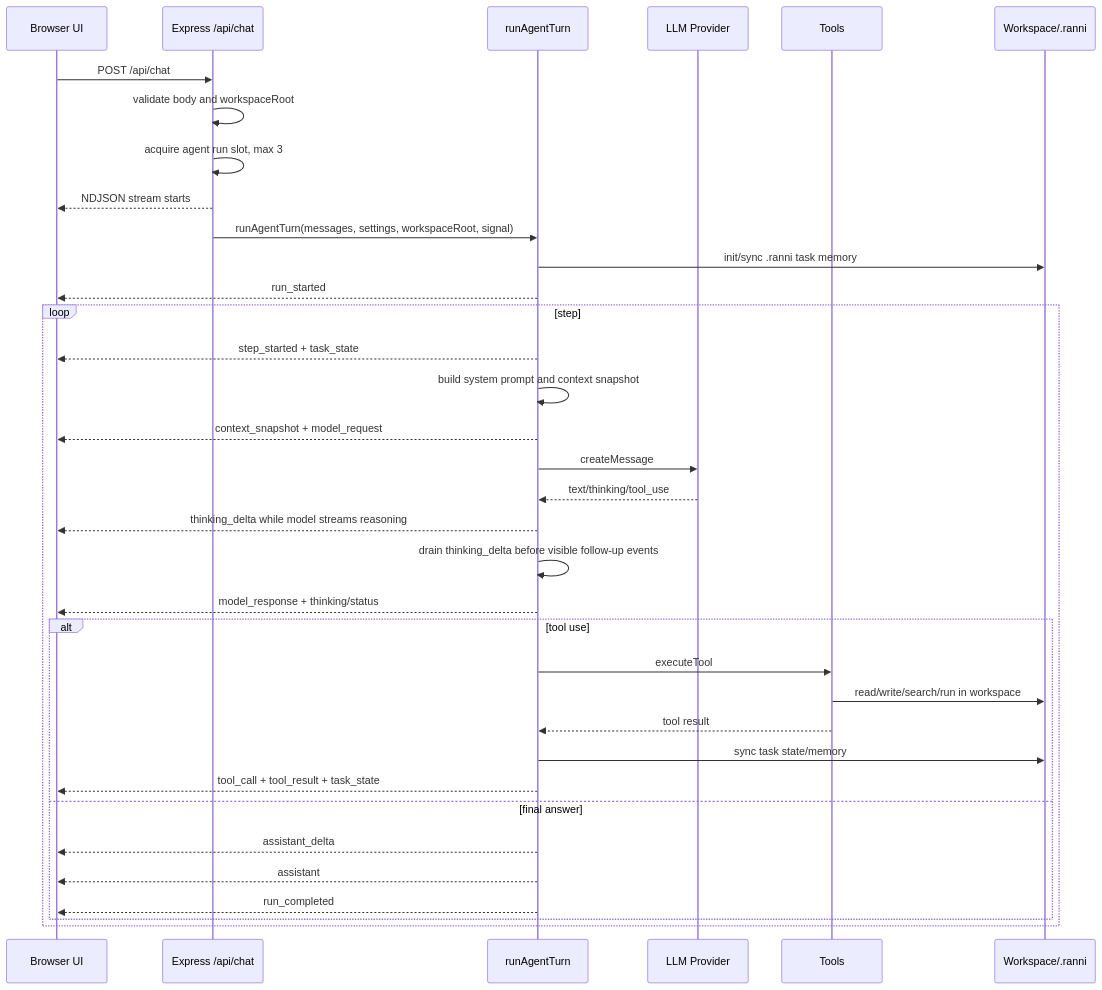
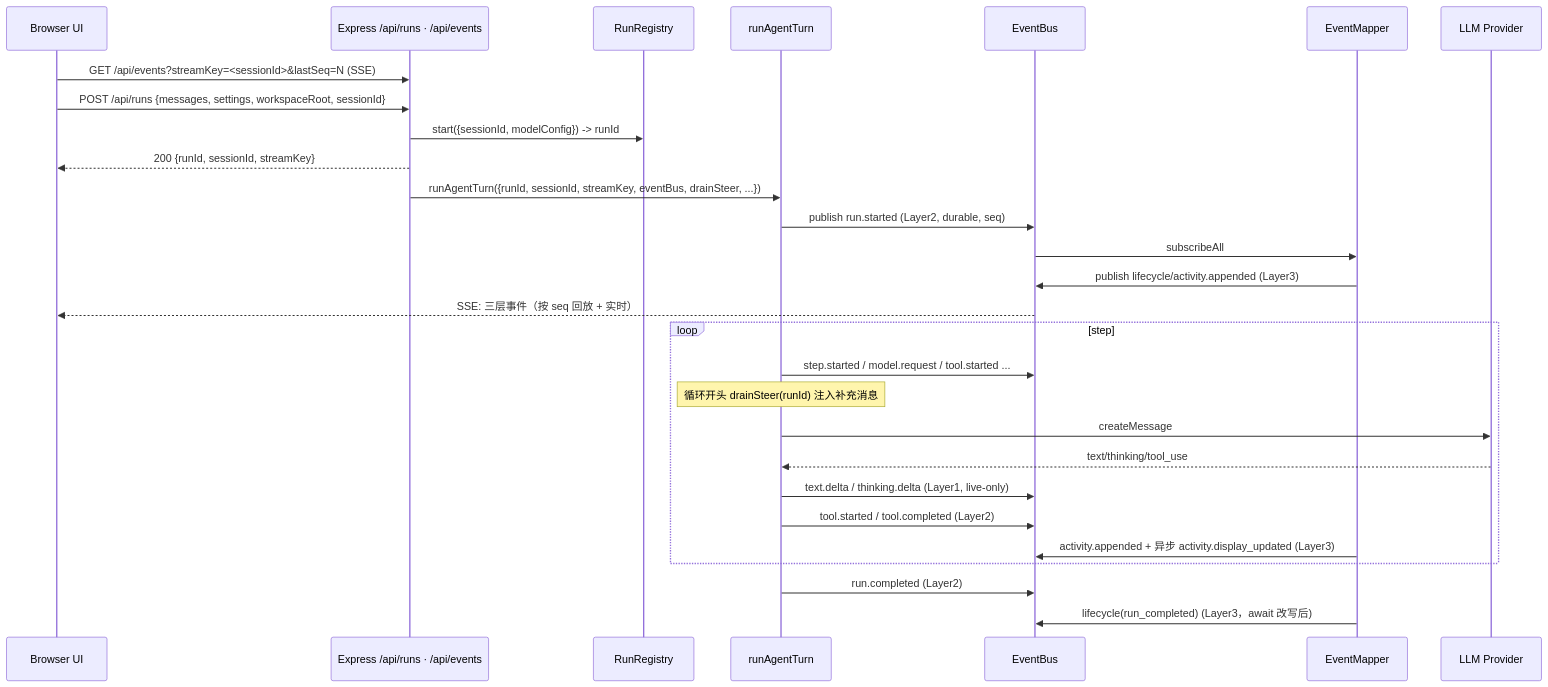
The second of 2 diagrams in docs/tech/v1-architecture/runtime-architecture.md (Carri1Sun/Ranni), drawn with Mermaid before and after one commit. The commit also changed other lines of this file and 18 other files, not shown here.

````diff
--- a/docs/tech/v1-architecture/runtime-architecture.md
+++ b/docs/tech/v1-architecture/runtime-architecture.md
@@ -45,38 +51,31 @@
 ```mermaid
 sequenceDiagram
   participant UI as Browser UI
-  participant API as Express /api/chat
+  participant API as Express /api/runs · /api/events
+  participant Reg as RunRegistry
   participant Agent as runAgentTurn
+  participant Bus as EventBus
+  participant Mapper as EventMapper
   participant Model as LLM Provider
-  participant Tool as Tools
-  participant FS as Workspace/.ranni
 
-  UI->>API: POST /api/chat
-  API->>API: validate body and workspaceRoot
-  API->>API: acquire agent run slot, max 3
-  API-->>UI: NDJSON stream starts
-  API->>Agent: runAgentTurn(messages, settings, workspaceRoot, signal)
-  Agent->>FS: init/sync .ranni task memory
-  Agent-->>UI: run_started
+  UI->>API: GET /api/events?streamKey=<sessionId>&lastSeq=N (SSE)
+  UI->>API: POST /api/runs {messages, settings, workspaceRoot, sessionId}
+  API->>Reg: start({sessionId, modelConfig}) -> runId
+  API-->>UI: 200 {runId, sessionId, streamKey}
+  API->>Agent: runAgentTurn({runId, sessionId, streamKey, eventBus, drainSteer, ...})
+  Agent->>Bus: publish run.started (Layer2, durable, seq)
+  Bus->>Mapper: subscribeAll
+  Mapper->>Bus: publish lifecycle/activity.appended (Layer3)
+  Bus-->>UI: SSE: 三层事件（按 seq 回放 + 实时）
   loop step
-    Agent-->>UI: step_started + task_state
-    Agent->>Agent: build system prompt and context snapshot
-    Agent-->>UI: context_snapshot + model_request
+    Agent->>Bus: step.started / model.request / tool.started ...
+    Note over Agent: 循环开头 drainSteer(runId) 注入补充消息
     Agent->>Model: createMessage
     Model-->>Agent: text/thinking/tool_use
-    Agent-->>UI: thinking_delta while model streams reasoning
-    Agent->>Agent: drain thinking_delta before visible follow-up events
-    Agent-->>UI: model_response + thinking/status
-    alt tool use
-      Agent->>Tool: executeTool
-      Tool->>FS: read/write/search/run in workspace
-      Tool-->>Agent: tool result
-      Agent->>FS: sync task state/memory
-      Agent-->>UI: tool_call + tool_result + task_state
-    else final answer
-      Agent-->>UI: assistant_delta
-      Agent-->>UI: assistant
-      Agent-->>UI: run_completed
-    end
+    Agent->>Bus: text.delta / thinking.delta (Layer1, live-only)
+    Agent->>Bus: tool.started / tool.completed (Layer2)
+    Mapper->>Bus: activity.appended + 异步 activity.display_updated (Layer3)
   end
+  Agent->>Bus: run.completed (Layer2)
+  Mapper->>Bus: lifecycle(run_completed) (Layer3，await 改写后)
 ```
````
